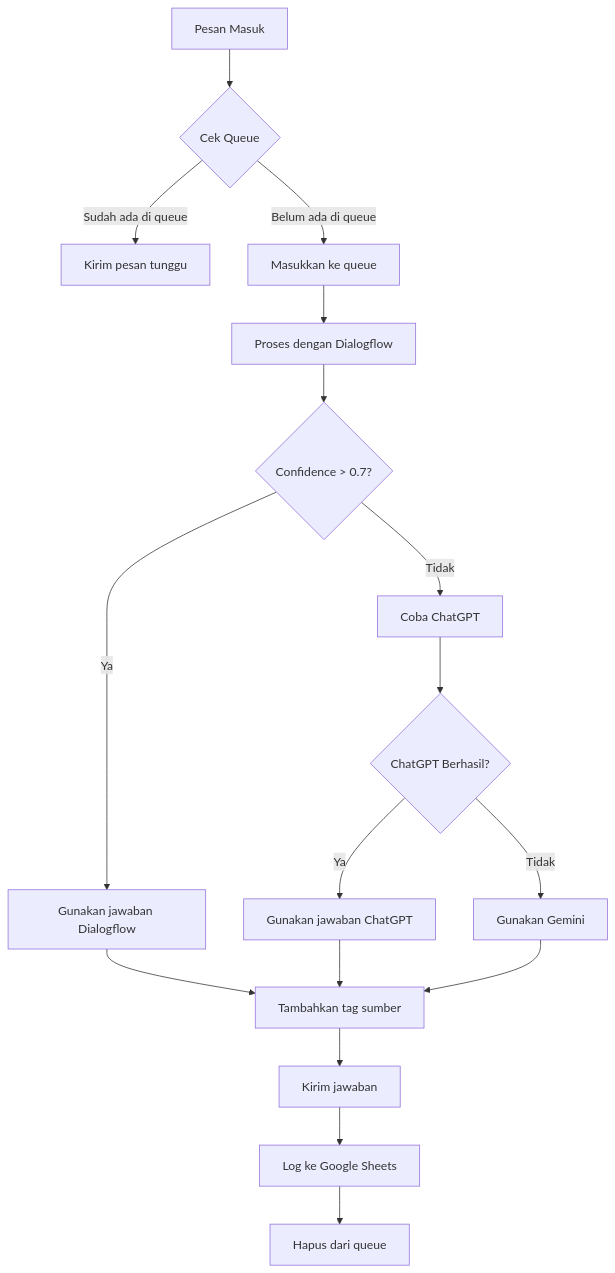
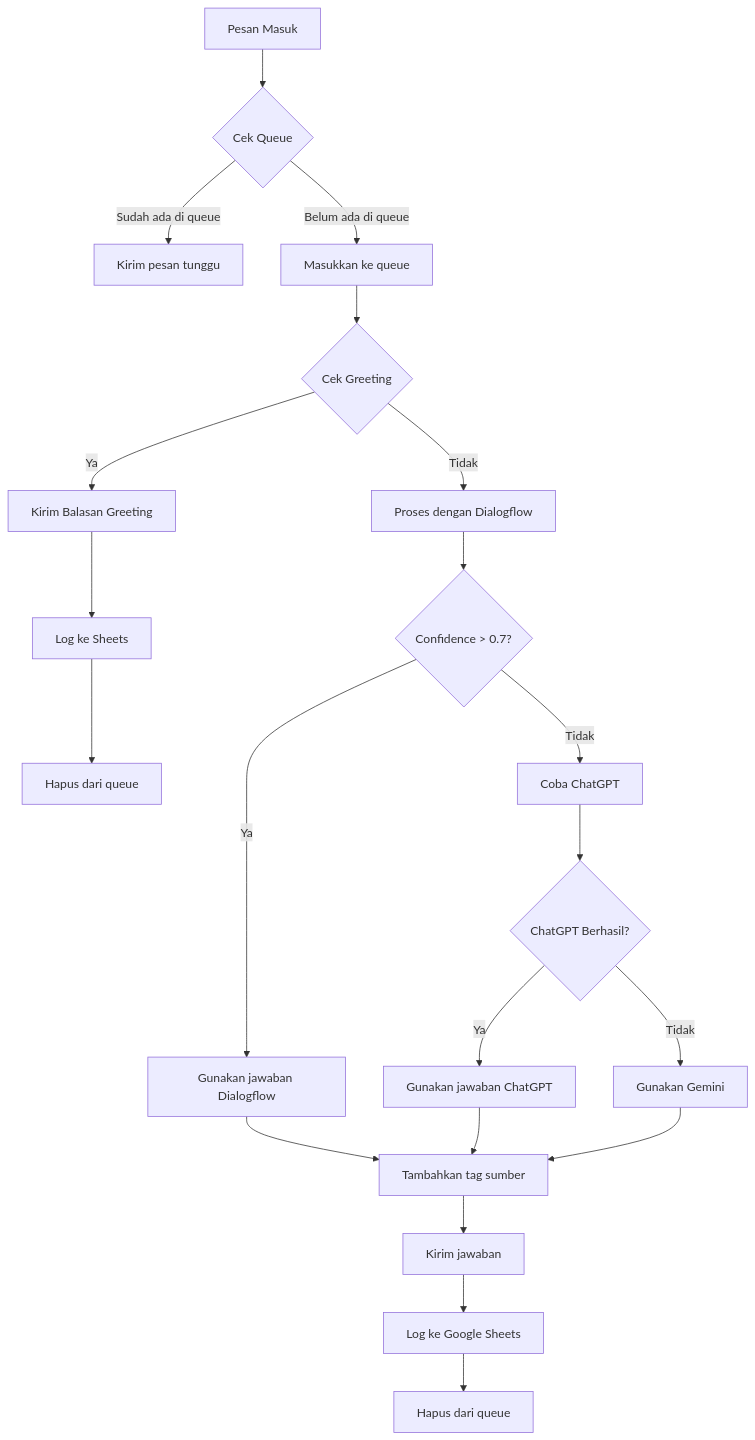
Before and after one commit to alfathhh/blackboxai-1741749297991: the diagram in WORKFLOW.md, drawn with Mermaid. The commit also changed other lines of this file, not shown here.

````diff
--- a/WORKFLOW.md
+++ b/WORKFLOW.md
@@ -17,19 +17,23 @@
 ```mermaid
 graph TD
     A[Pesan Masuk] --> B{Cek Queue}
     B -->|Sudah ada di queue| C[Kirim pesan tunggu]
     B -->|Belum ada di queue| D[Masukkan ke queue]
-    D --> E[Proses dengan Dialogflow]
-    E --> F{Confidence > 0.7?}
-    F -->|Ya| G[Gunakan jawaban Dialogflow]
-    F -->|Tidak| H[Coba ChatGPT]
-    H --> I{ChatGPT Berhasil?}
-    I -->|Ya| J[Gunakan jawaban ChatGPT]
-    I -->|Tidak| K[Gunakan Gemini]
-    G --> L[Tambahkan tag sumber]
-    J --> L
-    K --> L
-    L --> M[Kirim jawaban]
-    M --> N[Log ke Google Sheets]
-    N --> O[Hapus dari queue]
+    D --> E{Cek Greeting}
+    E -->|Ya| F[Kirim Balasan Greeting]
+    F --> G[Log ke Sheets]
+    G --> H[Hapus dari queue]
+    E -->|Tidak| I[Proses dengan Dialogflow]
+    I --> J{Confidence > 0.7?}
+    J -->|Ya| K[Gunakan jawaban Dialogflow]
+    J -->|Tidak| L[Coba ChatGPT]
+    L --> M{ChatGPT Berhasil?}
+    M -->|Ya| N[Gunakan jawaban ChatGPT]
+    M -->|Tidak| O[Gunakan Gemini]
+    K --> P[Tambahkan tag sumber]
+    N --> P
+    O --> P
+    P --> Q[Kirim jawaban]
+    Q --> R[Log ke Google Sheets]
+    R --> S[Hapus dari queue]
 ```
````
